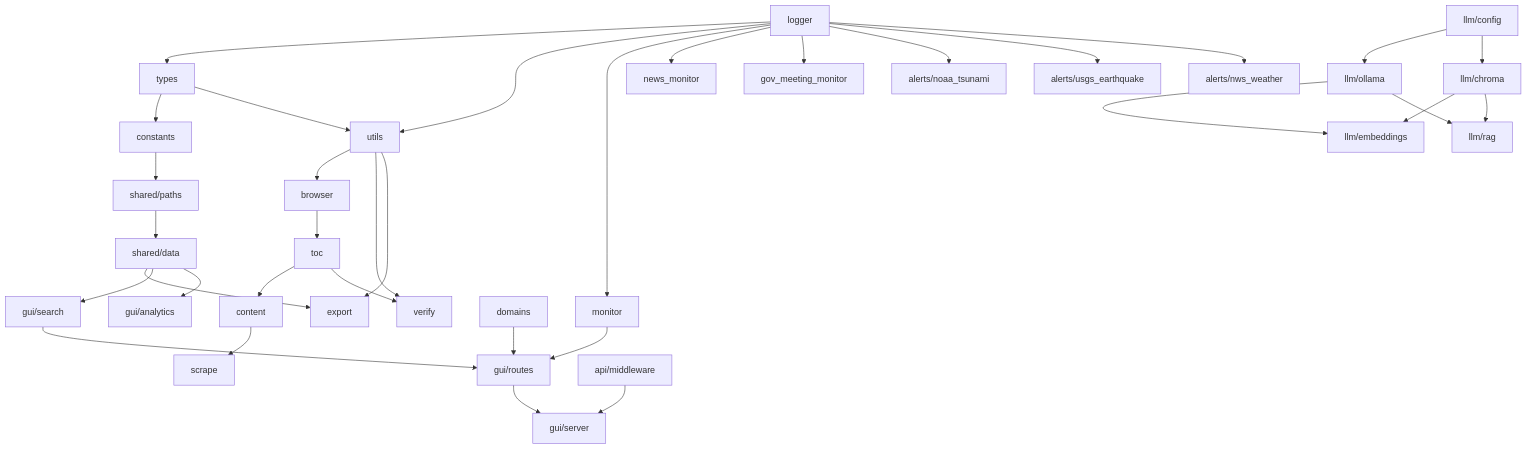
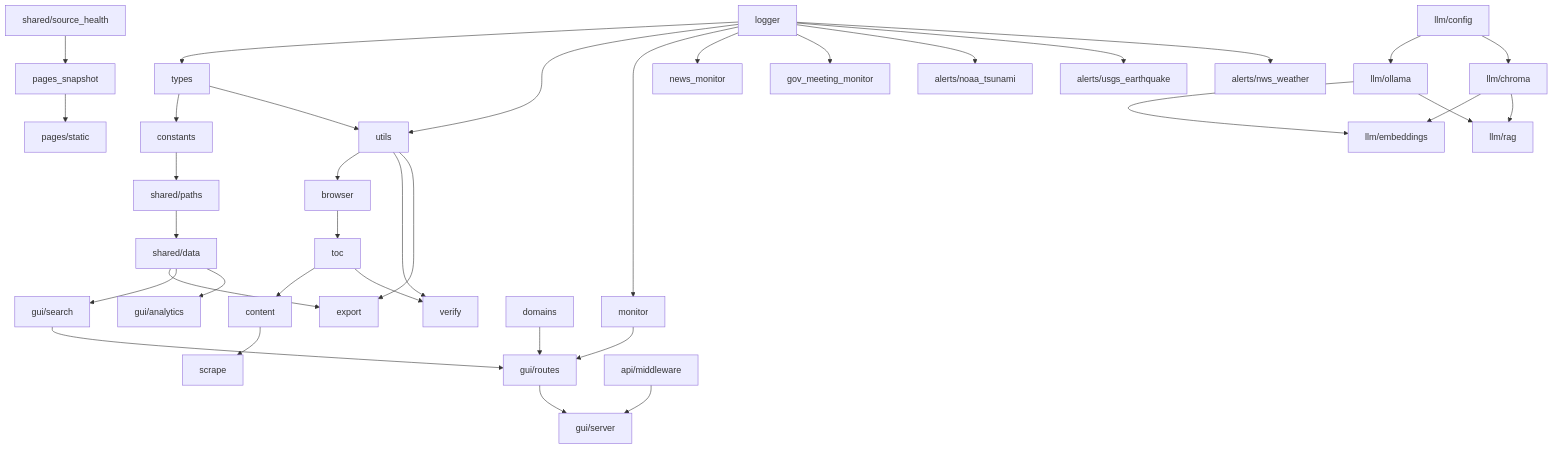
Before and after one commit to docxology/crescent-city-intel: the second of 2 diagrams in docs/architecture.md, drawn with Mermaid. The commit also changed other lines of this file and 82 other files, not shown here.

````diff
--- a/docs/architecture.md
+++ b/docs/architecture.md
@@ -115,36 +128,38 @@
 ```mermaid
 graph TD
     logger --> types
     types --> constants
+    shared/source_health --> pages_snapshot
+    pages_snapshot --> pages/static
     constants --> shared/paths
     shared/paths --> shared/data
     types --> utils
     logger --> utils
     utils --> browser
     browser --> toc
     toc --> content
     content --> scrape
     toc --> verify
     utils --> verify
     shared/data --> export
     utils --> export
     shared/data --> gui/search
     gui/search --> gui/routes
     gui/routes --> gui/server
     api/middleware --> gui/server
     shared/data --> gui/analytics
     domains --> gui/routes
     monitor --> gui/routes
     llm/config --> llm/ollama
     llm/config --> llm/chroma
     llm/ollama --> llm/embeddings
     llm/chroma --> llm/embeddings
     llm/ollama --> llm/rag
     llm/chroma --> llm/rag
     logger --> monitor
     logger --> news_monitor
     logger --> gov_meeting_monitor
     logger --> alerts/noaa_tsunami
     logger --> alerts/usgs_earthquake
     logger --> alerts/nws_weather
 ```
````
